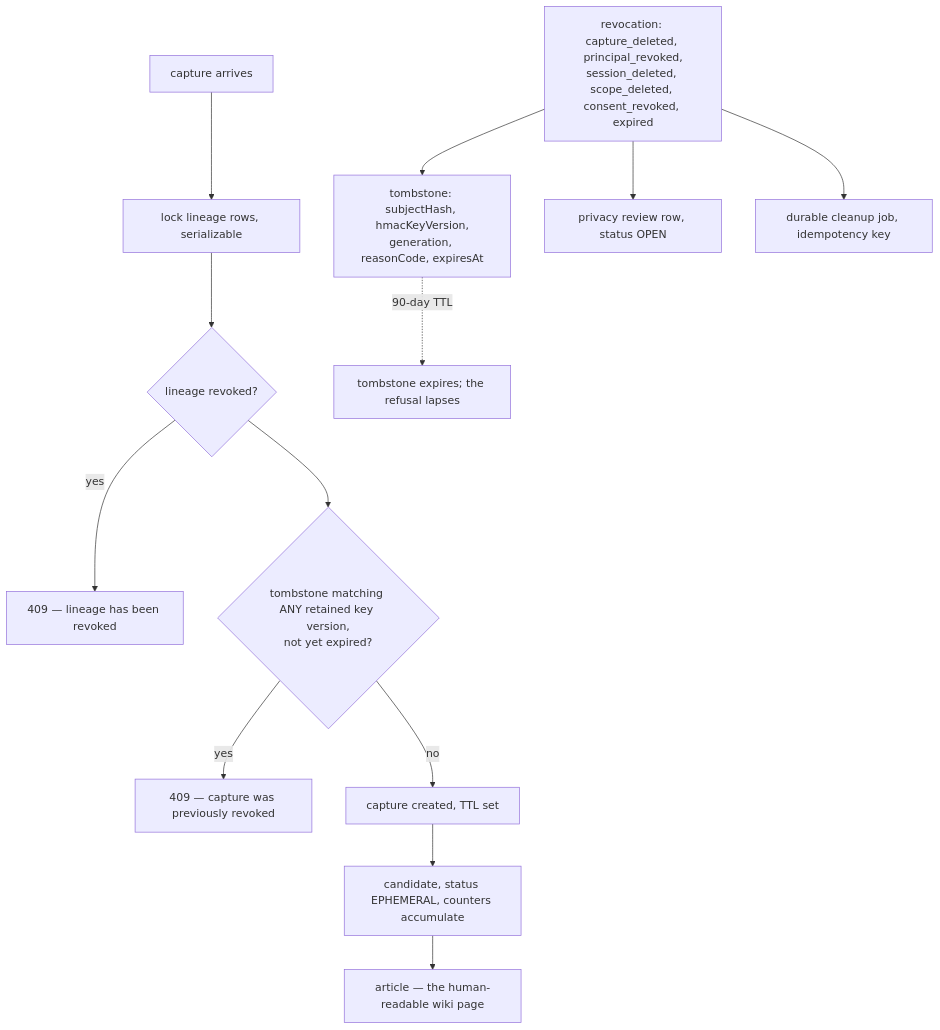
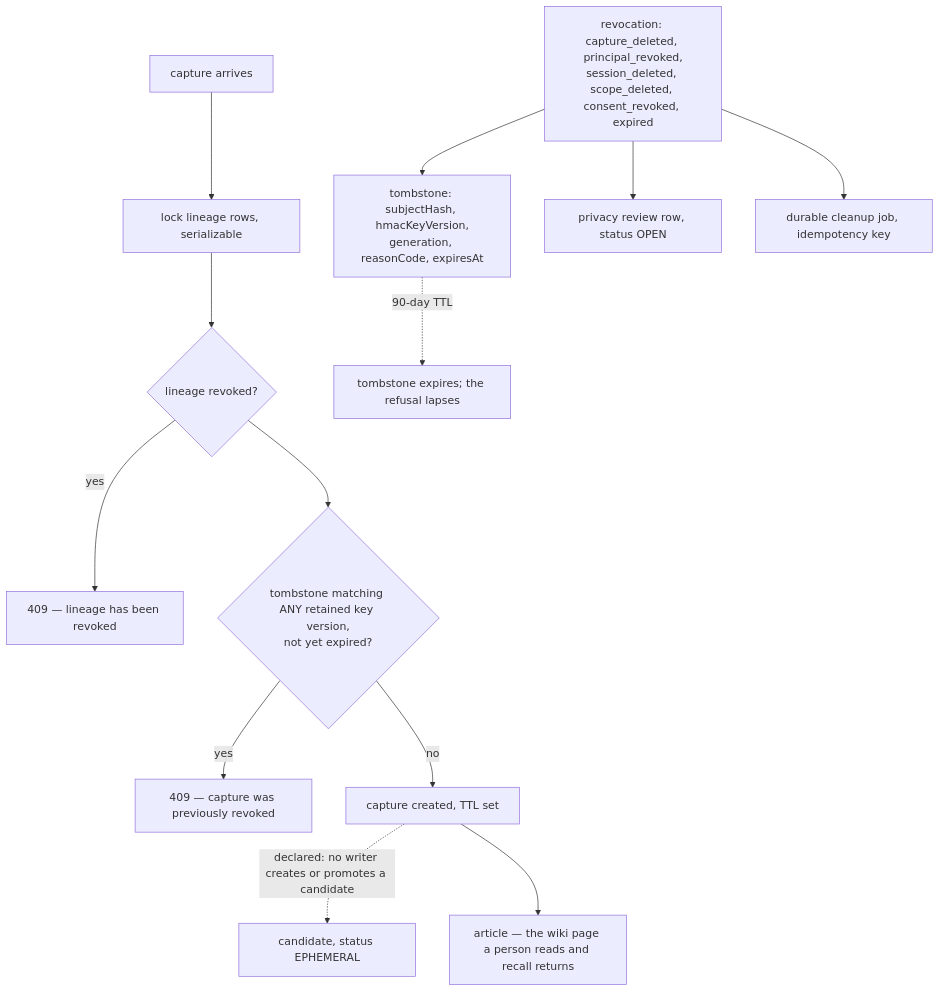
The diagram in content/systems/noosphere.md (neoneye/agent-memory-atlas), drawn with Mermaid before and after one commit. The commit also changed other lines of this file and 12 other files, not shown here.

````diff
--- a/content/systems/noosphere.md
+++ b/content/systems/noosphere.md
@@ -107,16 +127,16 @@
 ```mermaid
 %% caption: a revocation writes a tombstone keyed on a hashed subject that refuses later captures — and the tombstone carries a ninety-day TTL, after which the refusal lapses
 flowchart TD
     C["capture arrives"] --> LK["lock lineage rows, serializable"]
     LK --> RV{"lineage revoked?"}
     RV -->|yes| E1["409 — lineage has been revoked"]
     RV --> TB{"tombstone matching ANY retained key version,<br/>not yet expired?"}
     TB -->|yes| E2["409 — capture was previously revoked"]
     TB -->|no| OK["capture created, TTL set"]
-    OK --> CAND["candidate, status EPHEMERAL, counters accumulate"]
-    CAND --> ART["article — the human-readable wiki page"]
+    OK -.->|"declared: no writer creates or promotes a candidate"| CAND["candidate, status EPHEMERAL"]
+    OK --> ART["article — the wiki page a person reads and recall returns"]
     REV["revocation: capture_deleted, principal_revoked,<br/>session_deleted, scope_deleted, consent_revoked, expired"] --> TS["tombstone: subjectHash, hmacKeyVersion,<br/>generation, reasonCode, expiresAt"]
     REV --> PR["privacy review row, status OPEN"]
     REV --> JOB["durable cleanup job, idempotency key"]
     TS -.->|"90-day TTL"| GONE["tombstone expires; the refusal lapses"]
 ```
````
